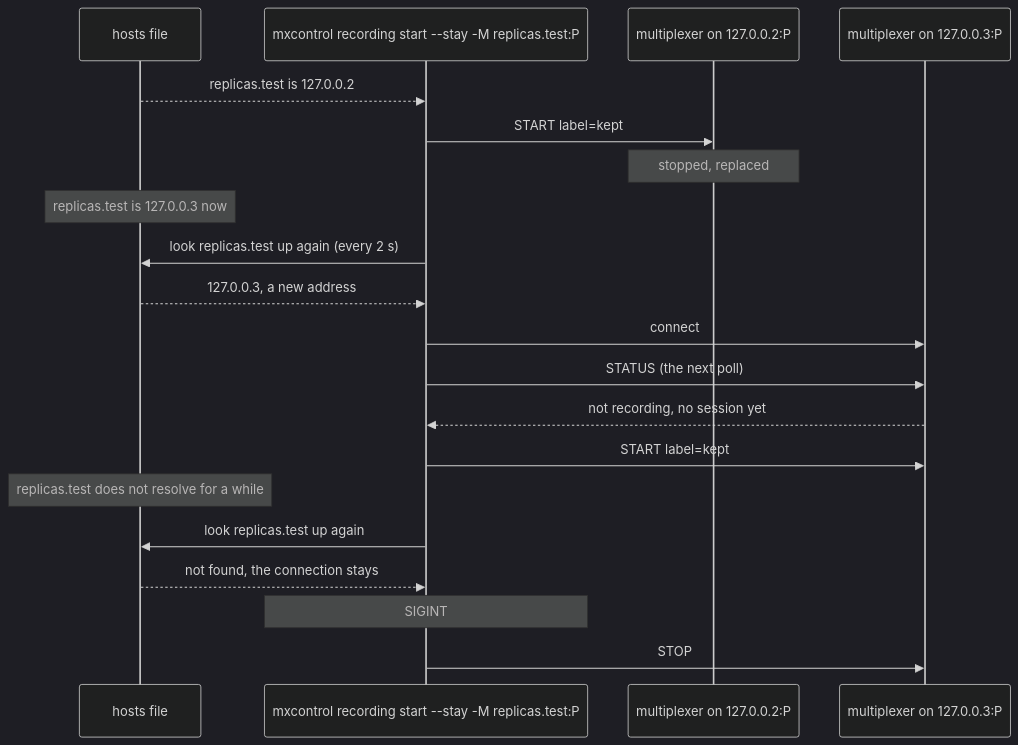
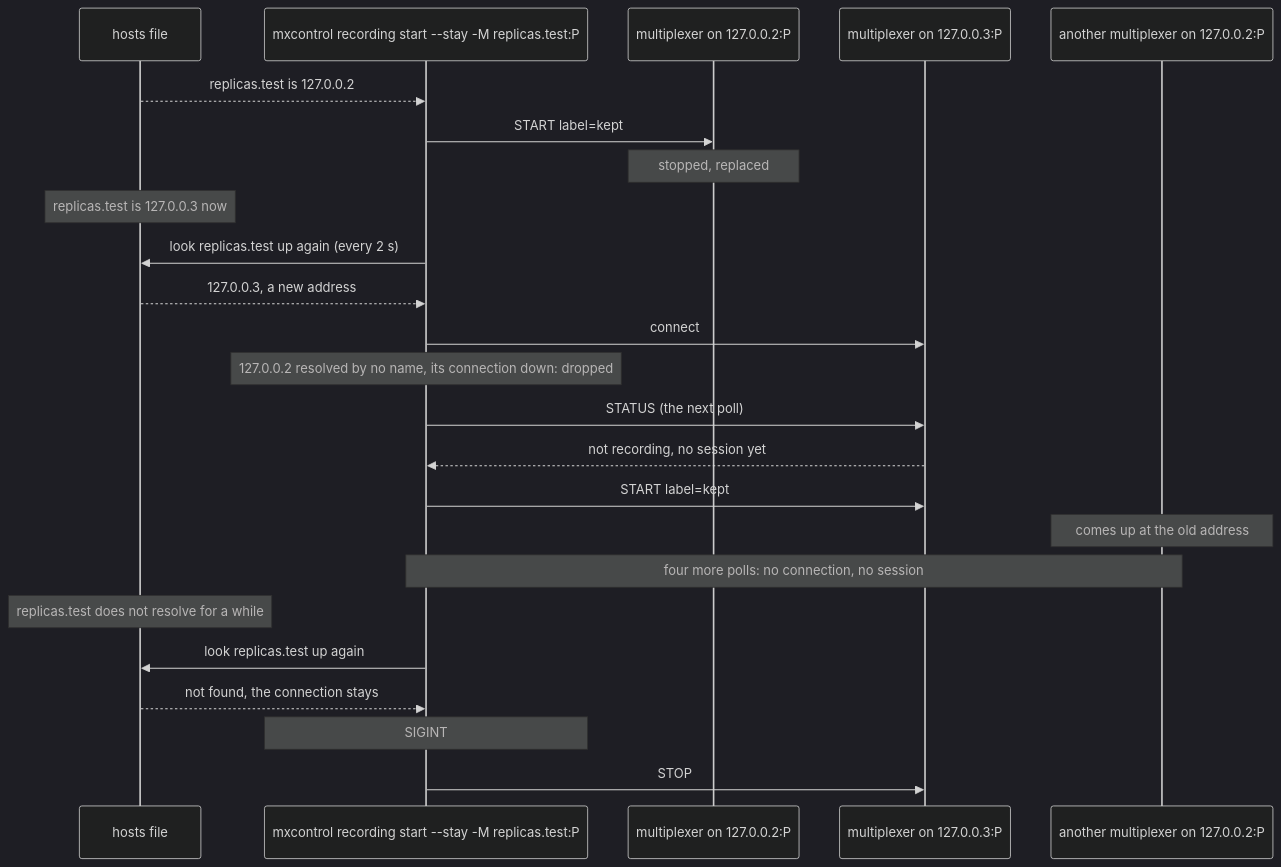
One commit to kulewski/multiplexer changed the diagram in tests/scenarios/remote_recording_new_address/README.md. Above: the diagram before and after it, drawn with Mermaid (dark theme). The commit also changed other lines of this file and 65 other files, not shown here.

````diff
--- a/tests/scenarios/remote_recording_new_address/README.md
+++ b/tests/scenarios/remote_recording_new_address/README.md
@@ -17,22 +24,26 @@
 ```mermaid
 sequenceDiagram
     participant H as hosts file
     participant X as mxcontrol recording start --stay -M replicas.test:P
     participant M1 as multiplexer on 127.0.0.2:P
     participant M2 as multiplexer on 127.0.0.3:P
+    participant M3 as another multiplexer on 127.0.0.2:P
     H-->>X: replicas.test is 127.0.0.2
     X->>M1: START label=kept
     Note over M1: stopped, replaced
     Note over H: replicas.test is 127.0.0.3 now
     X->>H: look replicas.test up again (every 2 s)
     H-->>X: 127.0.0.3, a new address
     X->>M2: connect
+    Note over X: 127.0.0.2 resolved by no name, its connection down: dropped
     X->>M2: STATUS (the next poll)
     M2-->>X: not recording, no session yet
     X->>M2: START label=kept
+    Note over M3: comes up at the old address
+    Note over X,M3: four more polls: no connection, no session
     Note over H: replicas.test does not resolve for a while
     X->>H: look replicas.test up again
     H-->>X: not found, the connection stays
     Note over X: SIGINT
     X->>M2: STOP
 ```
````
